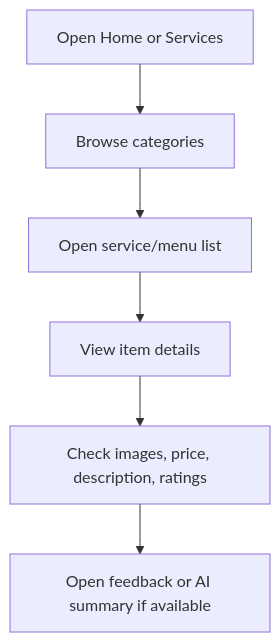
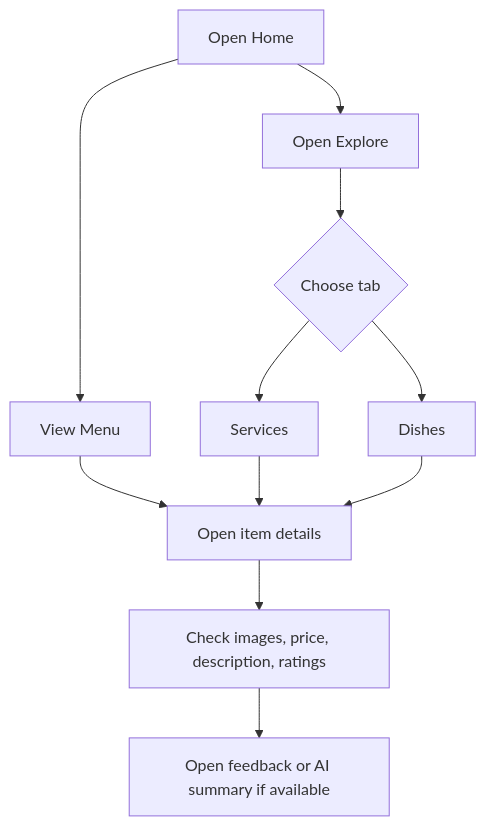
The second of 11 diagrams in docs/UserManual.md (GSP26SE10/GSP26SE10-Mobile), drawn with Mermaid before and after one commit. The commit also changed other lines of this file and 2 other files, not shown here.

Commit message:
fix: qr modal deposit and cancel button

````diff
--- a/docs/UserManual.md
+++ b/docs/UserManual.md
@@ -54,8 +54,13 @@
 ```mermaid
 flowchart TD
-  A[Open Home or Services] --> B[Browse categories]
-  B --> C[Open service/menu list]
-  C --> D[View item details]
-  D --> E[Check images, price, description, ratings]
-  E --> F[Open feedback or AI summary if available]
+  A[Open Home] --> B[View Menu]
+  A --> C[Open Explore]
+  C --> D{Choose tab}
+  D --> E[Services]
+  D --> F[Dishes]
+  B --> G[Open item details]
+  E --> G[Open item details]
+  F --> G
+  G --> H[Check images, price, description, ratings]
+  H --> I[Open feedback or AI summary if available]
 ```
````
